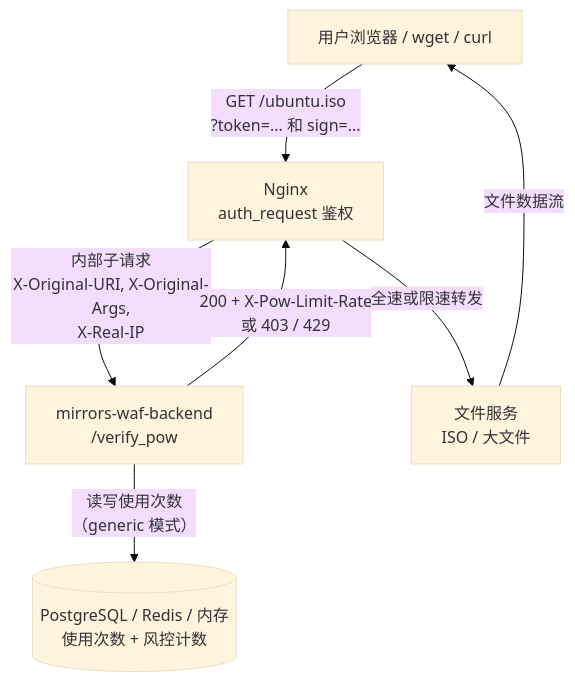
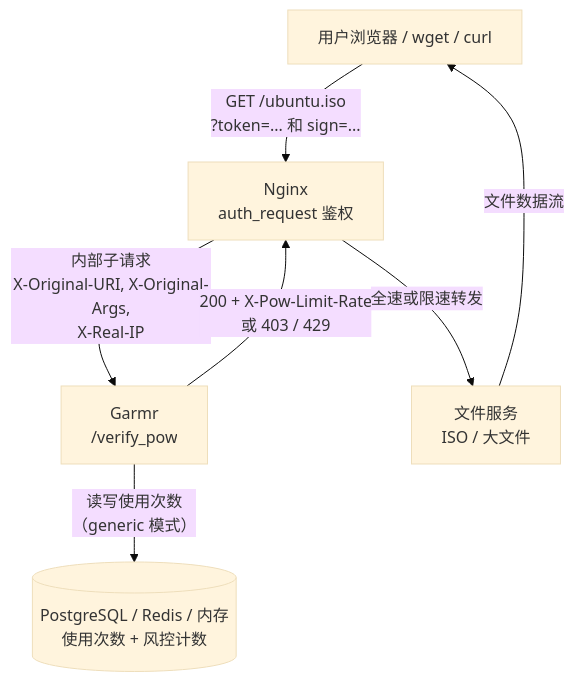
Before and after one commit to hust-open-atom-club/hustmirrors-waf-backend: the first of 2 diagrams in README.md, drawn with Mermaid (base theme). The commit also changed other lines of this file and 4 other files, not shown here.

````diff
--- a/README.md
+++ b/README.md
@@ -14,15 +24,15 @@
 ```mermaid
 graph TD
     Browser["用户浏览器 / wget / curl"]
     Nginx["Nginx<br/>auth_request 鉴权"]
-    Backend["mirrors-waf-backend<br/>/verify_pow"]
+    Backend["Garmr<br/>/verify_pow"]
     Storage[("PostgreSQL / Redis / 内存<br/>使用次数 + 风控计数")]
     FS["文件服务<br/>ISO / 大文件"]
 
     Browser -->|"GET /ubuntu.iso<br/>?token=... 和 sign=..."| Nginx
     Nginx -->|"内部子请求<br/>X-Original-URI, X-Original-Args,<br/>X-Real-IP"| Backend
     Backend -->|"读写使用次数<br/>（generic 模式）"| Storage
     Backend -->|"200 + X-Pow-Limit-Rate<br/>或 403 / 429"| Nginx
     Nginx -->|"全速或限速转发"| FS
     FS -->|"文件数据流"| Browser
 ```
````
